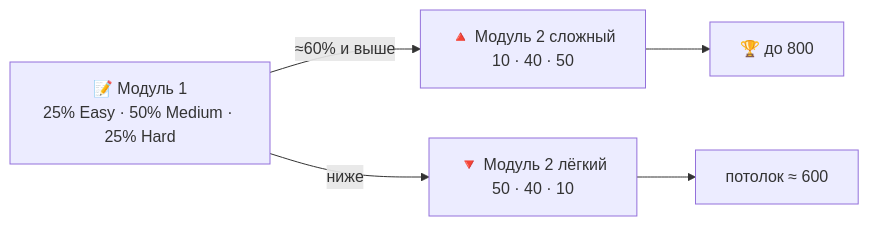
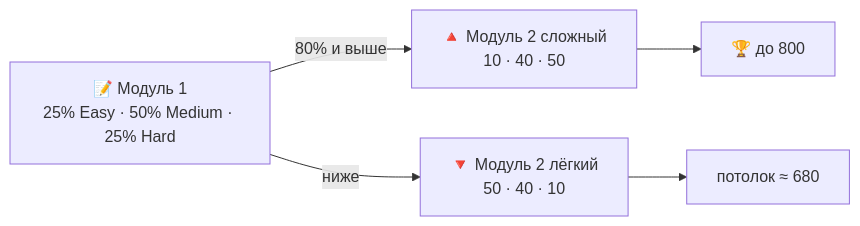
Before and after one commit to DoshiCkk/SAT-Trainer: the second of 3 diagrams in README.md, drawn with Mermaid. The commit also changed other lines of this file and 5 other files, not shown here.

````diff
--- a/README.md
+++ b/README.md
@@ -103,7 +108,7 @@
 ```mermaid
 flowchart LR
-    M1["📝 Модуль 1<br/>25% Easy · 50% Medium · 25% Hard"] -->|"≈60% и выше"| H["🔺 Модуль 2 сложный<br/>10 · 40 · 50"]
+    M1["📝 Модуль 1<br/>25% Easy · 50% Medium · 25% Hard"] -->|"80% и выше"| H["🔺 Модуль 2 сложный<br/>10 · 40 · 50"]
     M1 -->|"ниже"| E["🔻 Модуль 2 лёгкий<br/>50 · 40 · 10"]
     H --> SH["🏆 до 800"]
-    E --> SE["потолок ≈ 600"]
+    E --> SE["потолок ≈ 680"]
 ```
````
